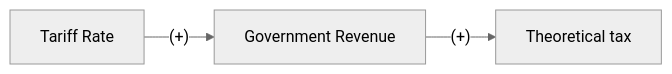
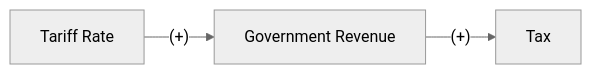
Before and after one commit to ecn310/course-project-taxes-tariffs: the second of 3 diagrams in Paper_Summaries.md, drawn with Mermaid (neutral theme). The commit also changed other lines of this file, not shown here.

Commit message:
Fixed second paper summary feedback.md

````diff
--- a/Paper_Summaries.md
+++ b/Paper_Summaries.md
@@ -28,4 +28,4 @@
 ```mermaid
 flowchart LR
-A["Tariff Rate <br>"] --(#43;)--> B["Government Revenue"] --(#43;)--> C["Theoretical tax"]
+A["Tariff Rate <br>"] --(#43;)--> B["Government Revenue"] --(#43;)--> C["Tax"]
 ```
````
